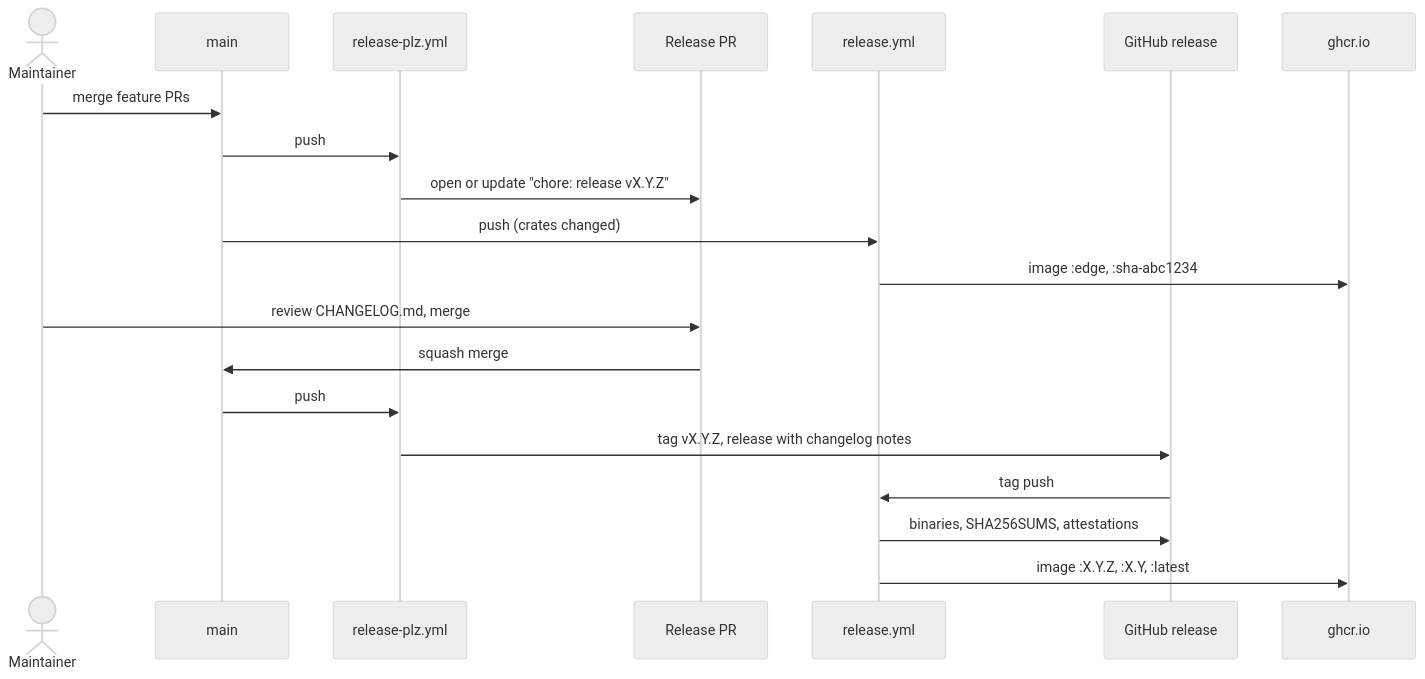
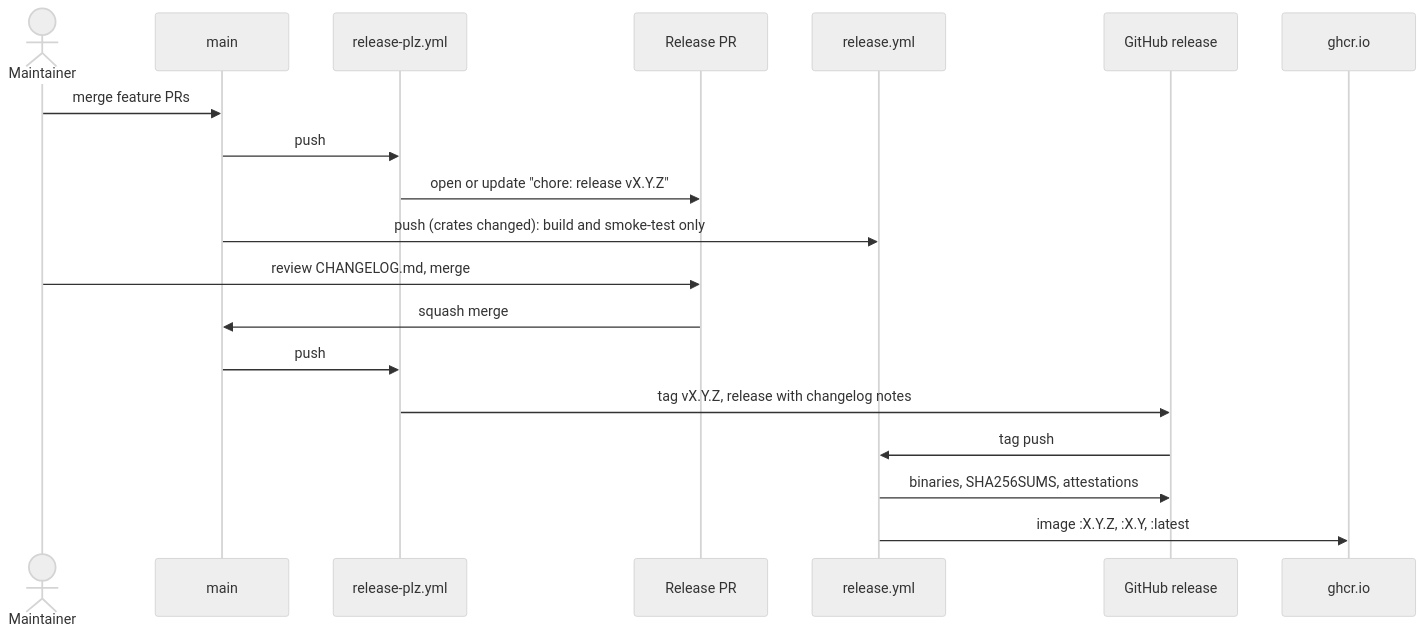
One commit to nevzheng/mammoth-cache changed the diagram in docs/design/0009-releases.md. Above: the diagram before and after it, drawn with Mermaid (neutral theme). The commit also changed other lines of this file and 8 other files, not shown here.

````diff
--- a/docs/design/0009-releases.md
+++ b/docs/design/0009-releases.md
@@ -86,23 +89,22 @@
 ```mermaid
 sequenceDiagram
     actor M as Maintainer
     participant Main as main
     participant RP as release-plz.yml
     participant PR as Release PR
     participant Rel as release.yml
     participant GH as GitHub release
     participant GHCR as ghcr.io
 
     M->>Main: merge feature PRs
     Main->>RP: push
     RP->>PR: open or update "chore: release vX.Y.Z"
-    Main->>Rel: push (crates changed)
-    Rel->>GHCR: image :edge, :sha-abc1234
+    Main->>Rel: push (crates changed): build and smoke-test only
     M->>PR: review CHANGELOG.md, merge
     PR->>Main: squash merge
     Main->>RP: push
     RP->>GH: tag vX.Y.Z, release with changelog notes
     GH->>Rel: tag push
     Rel->>GH: binaries, SHA256SUMS, attestations
     Rel->>GHCR: image :X.Y.Z, :X.Y, :latest
 ```
````
